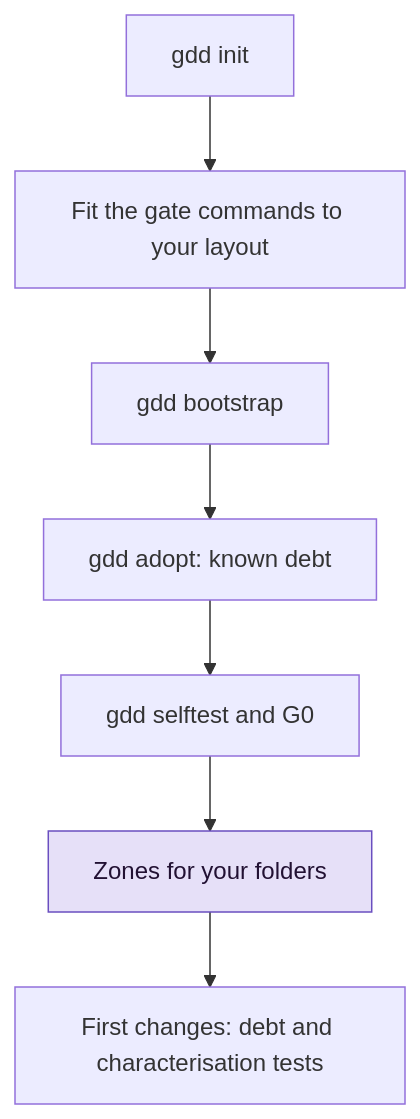
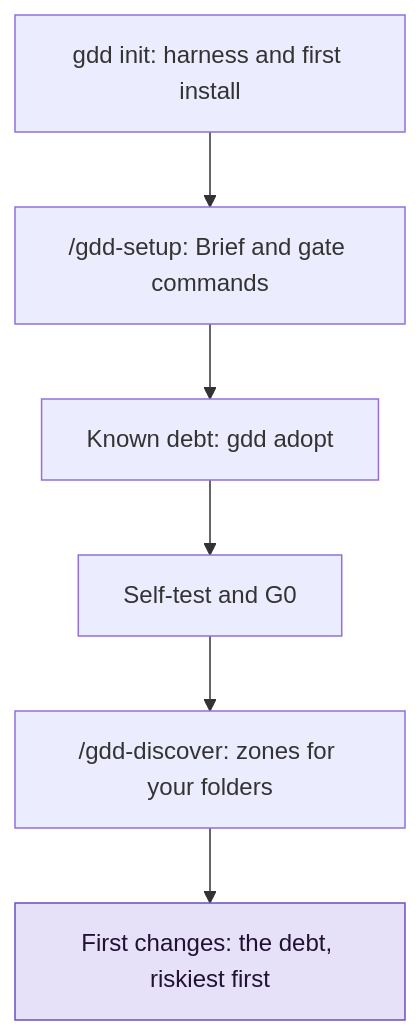
One commit to MarsGotta/gdd changed the diagram in docs/how-to/adopt-existing-project.md. Above: the diagram before and after it, drawn with Mermaid. The commit also changed other lines of this file and 210 other files, not shown here.

````diff
--- a/docs/how-to/adopt-existing-project.md
+++ b/docs/how-to/adopt-existing-project.md
@@ -16,10 +18,9 @@
 ```mermaid
 flowchart TD
-    A[gdd init] --> B[Fit the gate commands to your layout]
-    B --> C[gdd bootstrap]
-    C --> D[gdd adopt: known debt]
-    D --> E[gdd selftest and G0]
-    E --> F[Zones for your folders]:::human
-    F --> G[First changes: debt and characterisation tests]
+    A[gdd init: harness and first install] --> B["/gdd-setup: Brief and gate commands"]
+    B --> C[Known debt: gdd adopt]
+    C --> D[Self-test and G0]
+    D --> E["/gdd-discover: zones for your folders"]
+    E --> F[First changes: the debt, riskiest first]:::human
     classDef human fill:#e6e0f8,stroke:#6a4fc0,color:#213
 ```
````
